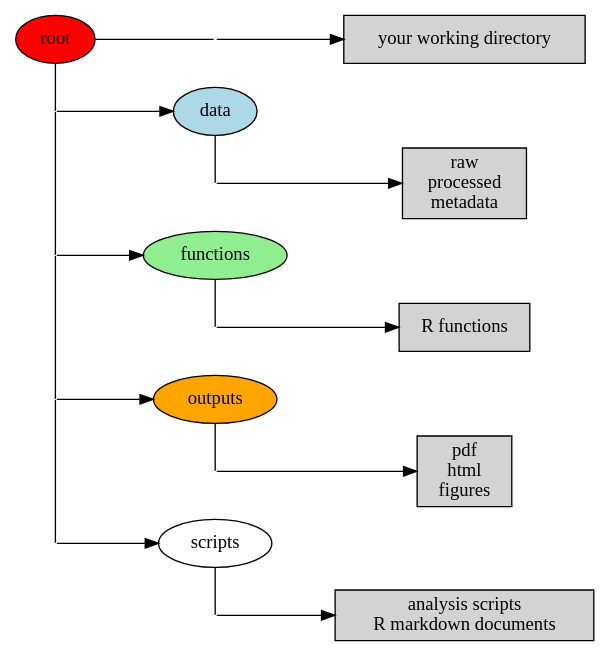
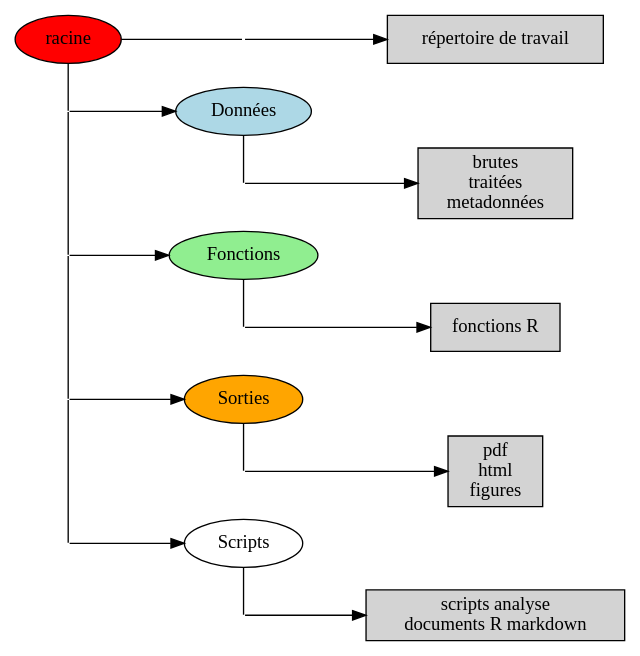
Before and after one commit to Biostats-uOttawa/R: the diagram in lang/fr/01-intro.qmd, drawn with Graphviz. The commit also changed other lines of this file and 271 other files, not shown here.

````diff
--- a/lang/fr/01-intro.qmd
+++ b/lang/fr/01-intro.qmd
@@ -472,71 +457,71 @@
 ```{dot}
-#| eval: false
+#| eval: true
 digraph {
   rankdir=LR
   ranksep=0.5
   nodesep=0.5
   node [
     style = filled
     shape=oval
 	]
-  root [fillcolor="red"]
-  data [fillcolor="lightblue"]
-  functions [fillcolor="lightgreen"]
-  outputs [fillcolor="orange"]
-  scripts [fillcolor="white"]
+  root [label="racine" fillcolor="red"]
+  data [label="Données" fillcolor="lightblue"]
+  functions [label="Fonctions" fillcolor="lightgreen"]
+  outputs [label="Sorties" fillcolor="orange"]
+  scripts [label="Scripts" fillcolor="white"]
 
-  wd [label= "your working directory", shape = rect]
-  LOT1 [label= "raw\n processed\n metadata", shape = rect]
-  LOT2 [label= "R functions", shape = rect]
-  LOT4 [label= "analysis scripts\n R markdown documents", shape = rect]
+  wd [label= "répertoire de travail", shape = rect]
+  LOT1 [label= "brutes\n traitées\n metadonnées", shape = rect]
+  LOT2 [label= "fonctions R", shape = rect]
+  LOT4 [label= "scripts analyse\n documents R markdown", shape = rect]
   LOT3 [label = "pdf\n html\n figures", shape=rect]
 
   dot01 [shape=point width=0]
   root -> dot01 [arrowhead=none]
   dot01 -> wd [weight=20]
 
   {
     rank=same
     root
     dot1 [shape=point width=0]
     dot2 [shape=point width=0]
     dot3 [shape=point width=0]
     dot4 [shape=point width=0]
     root -> dot1 -> dot2 -> dot3 -> dot4 [arrowhead=none]
   }
 
   dot1 -> data [weight=20]
   {
     rank=same
     data
     dot21  [shape=point width=0]
     data -> dot21 [arrowhead=none]
   }
   dot21 -> LOT1 [weight=20]
   dot2 -> functions
   {
     rank=same
     functions
     dot22  [shape=point width=0]
     functions -> dot22 [arrowhead=none]
   }
   dot22 -> LOT2 [weight=20]
   dot3 -> outputs [weight=20]
   {
     rank=same
     outputs
     dot23 [shape=point width=0]
     outputs -> dot23 [arrowhead=none]
   }
   dot23 -> LOT3 [weight=20]
   
   dot4 -> scripts [weight=20]
   {
     rank=same
     scripts
     dot24 [shape=point width=0]
     scripts -> dot24 [arrowhead=none]
   }
   dot24 -> LOT4 [weight=20]
 }
 ```
````
